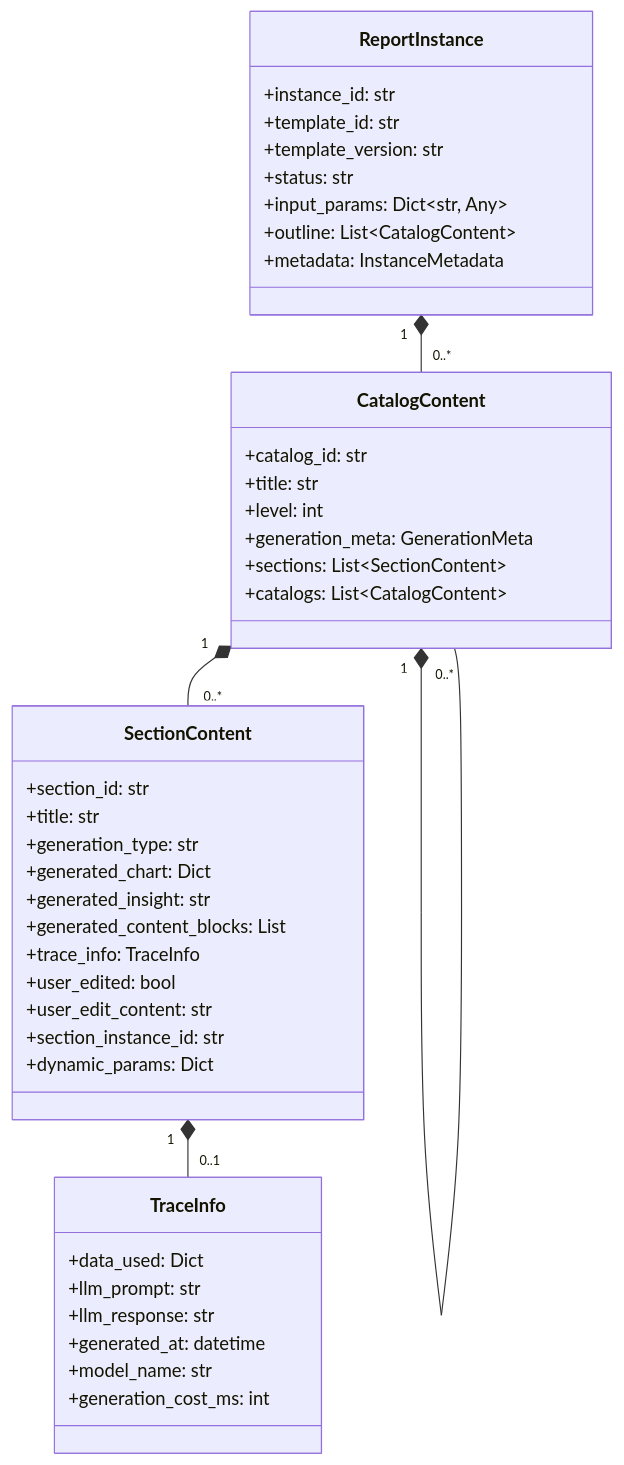
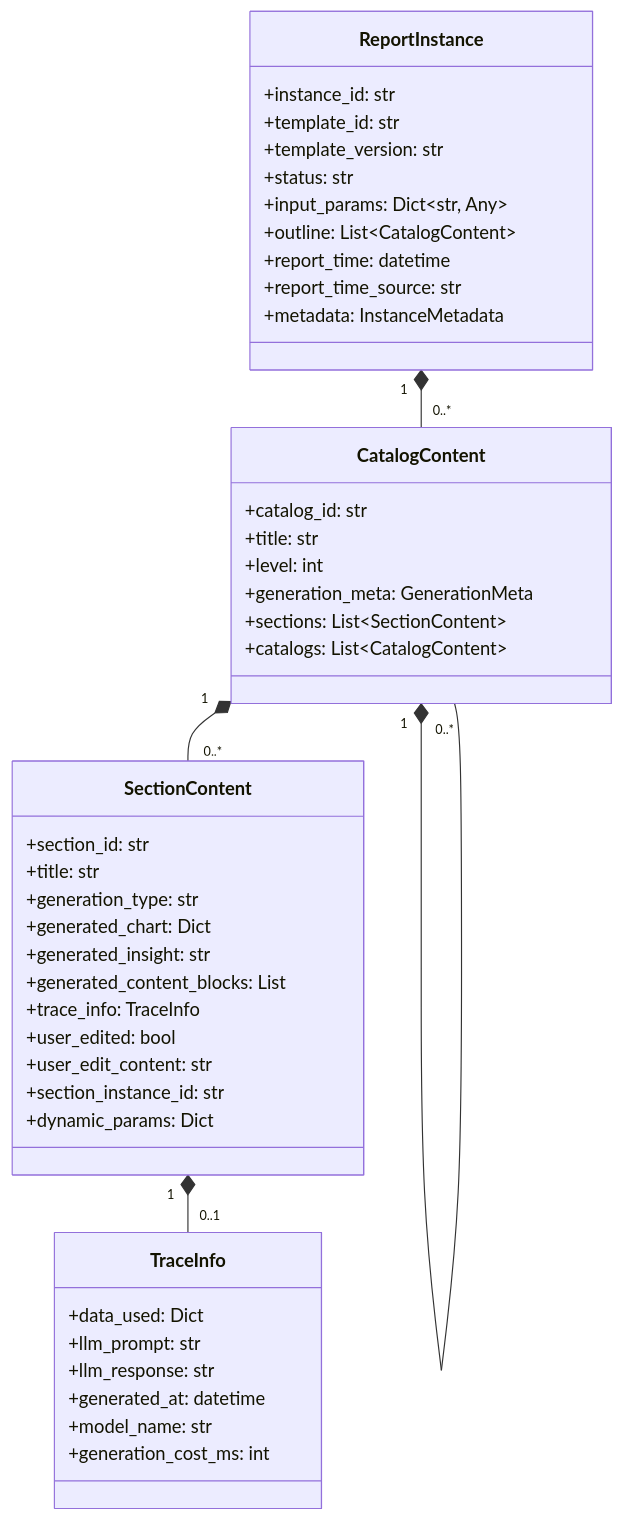
One commit to shel447/ReportSystem changed the first of 2 diagrams in design/design_instance.md. Above: the diagram before and after it, drawn with Mermaid. The commit also changed other lines of this file and 8 other files, not shown here.

````diff
--- a/design/design_instance.md
+++ b/design/design_instance.md
@@ -93,49 +93,51 @@
 ```mermaid
 classDiagram
     class ReportInstance {
         +instance_id: str
         +template_id: str
         +template_version: str
         +status: str
         +input_params: Dict~str, Any~
         +outline: List~CatalogContent~
+        +report_time: datetime
+        +report_time_source: str
         +metadata: InstanceMetadata
     }
     
     class CatalogContent {
         +catalog_id: str
         +title: str
         +level: int
         +generation_meta: GenerationMeta
         +sections: List~SectionContent~
         +catalogs: List~CatalogContent~
     }
     
     class SectionContent {
         +section_id: str
         +title: str
         +generation_type: str
         +generated_chart: Dict
         +generated_insight: str
         +generated_content_blocks: List
         +trace_info: TraceInfo
         +user_edited: bool
         +user_edit_content: str
         +section_instance_id: str
         +dynamic_params: Dict
     }
     
     class TraceInfo {
         +data_used: Dict
         +llm_prompt: str
         +llm_response: str
         +generated_at: datetime
         +model_name: str
         +generation_cost_ms: int
     }
     
     ReportInstance "1" *-- "0..*" CatalogContent
     CatalogContent "1" *-- "0..*" SectionContent
     CatalogContent "1" *-- "0..*" CatalogContent
     SectionContent "1" *-- "0..1" TraceInfo
 ```
````
